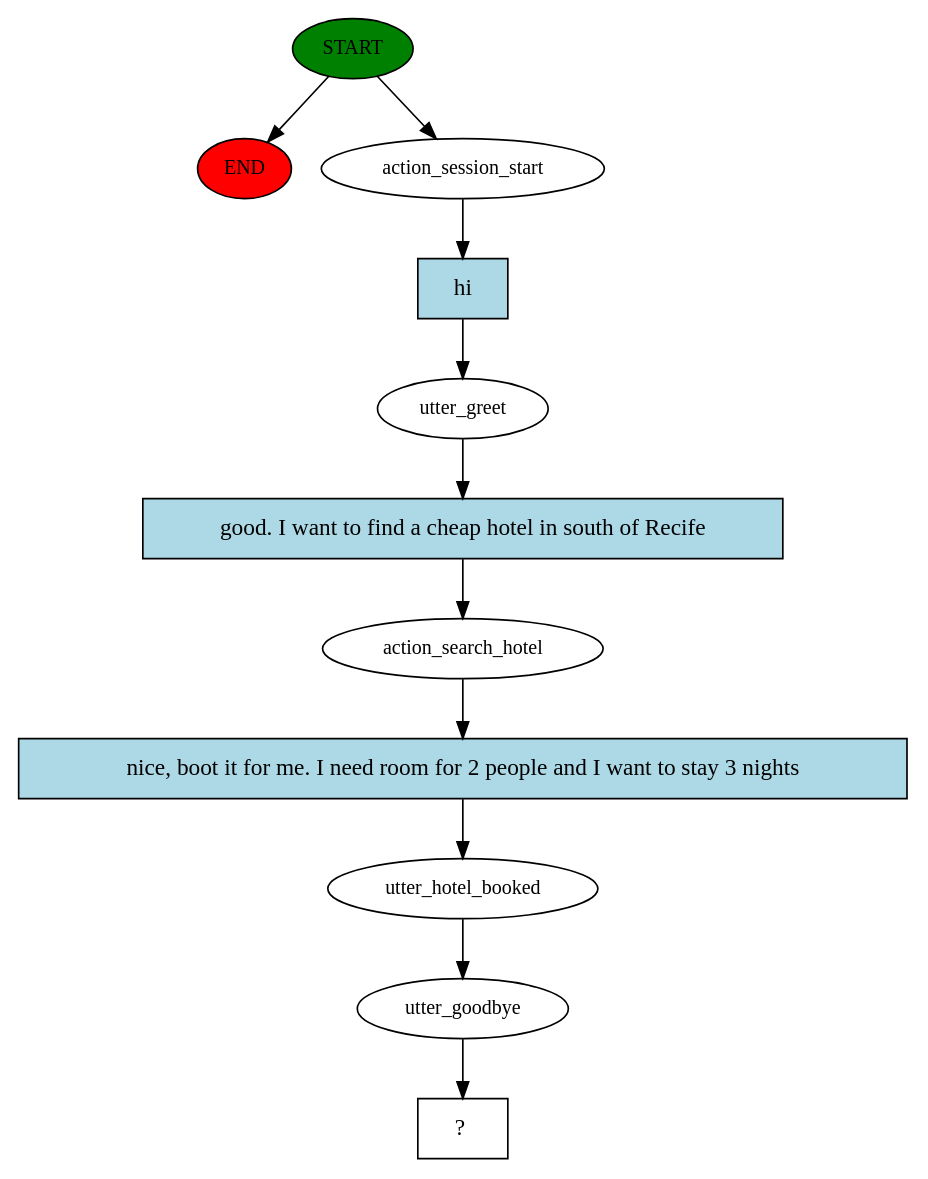
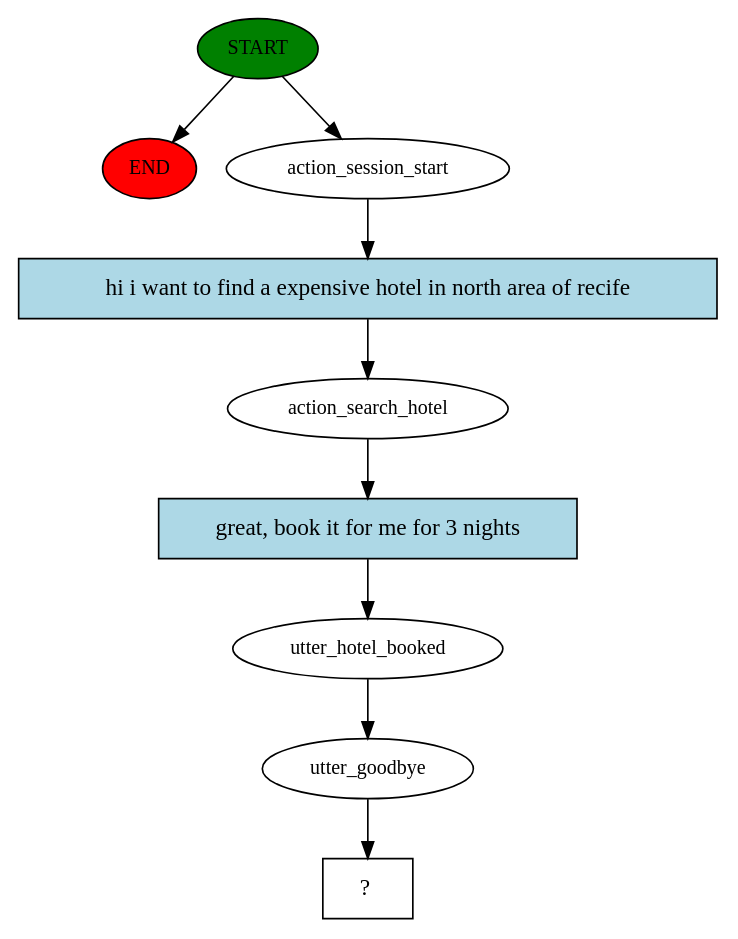
One commit to Acesarsilva/Chatbot_for_Hotel_Service changed the diagram in rasa/story_graph.dot. Above: the diagram before and after it, drawn with Graphviz. The commit also changed 6 other files, not shown here.

```diff
--- a/rasa/story_graph.dot
+++ b/rasa/story_graph.dot
@@ -1,23 +1,19 @@
 digraph  {
 0 [class="start active", fillcolor=green, fontsize=12, label=START, style=filled];
 "-1" [class=end, fillcolor=red, fontsize=12, label=END, style=filled];
 1 [class=active, fontsize=12, label=action_session_start];
-2 [class=active, fontsize=12, label=utter_greet];
-3 [class=active, fontsize=12, label=action_search_hotel];
-4 [class=active, fontsize=12, label=utter_hotel_booked];
-5 [class=active, fontsize=12, label=utter_goodbye];
-6 [class="intent dashed active", label="  ?  ", shape=rect];
-7 [class="intent active", fillcolor=lightblue, label=hi, shape=rect, style=filled];
-8 [class="intent active", fillcolor=lightblue, label="good. I want to find a cheap hotel in south of Recife", shape=rect, style=filled];
-9 [class="intent active", fillcolor=lightblue, label="nice, boot it for me. I need room for 2 people and I want to stay 3 nights", shape=rect, style=filled];
+2 [class=active, fontsize=12, label=action_search_hotel];
+3 [class=active, fontsize=12, label=utter_hotel_booked];
+4 [class=active, fontsize=12, label=utter_goodbye];
+5 [class="intent dashed active", label="  ?  ", shape=rect];
+6 [class="intent active", fillcolor=lightblue, label="hi i want to find a expensive hotel in north area of recife", shape=rect, style=filled];
+7 [class="intent active", fillcolor=lightblue, label="great, book it for me for 3 nights", shape=rect, style=filled];
 0 -> "-1"  [class="", key=NONE, label=""];
 0 -> 1  [class=active, key=NONE, label=""];
-1 -> 7  [class=active, key=0];
-2 -> 8  [class=active, key=0];
-3 -> 9  [class=active, key=0];
+1 -> 6  [class=active, key=0];
+2 -> 7  [class=active, key=0];
+3 -> 4  [class=active, key=NONE, label=""];
 4 -> 5  [class=active, key=NONE, label=""];
-5 -> 6  [class=active, key=NONE, label=""];
-7 -> 2  [class=active, key=0];
-8 -> 3  [class=active, key=0];
-9 -> 4  [class=active, key=0];
+6 -> 2  [class=active, key=0];
+7 -> 3  [class=active, key=0];
 }
```
